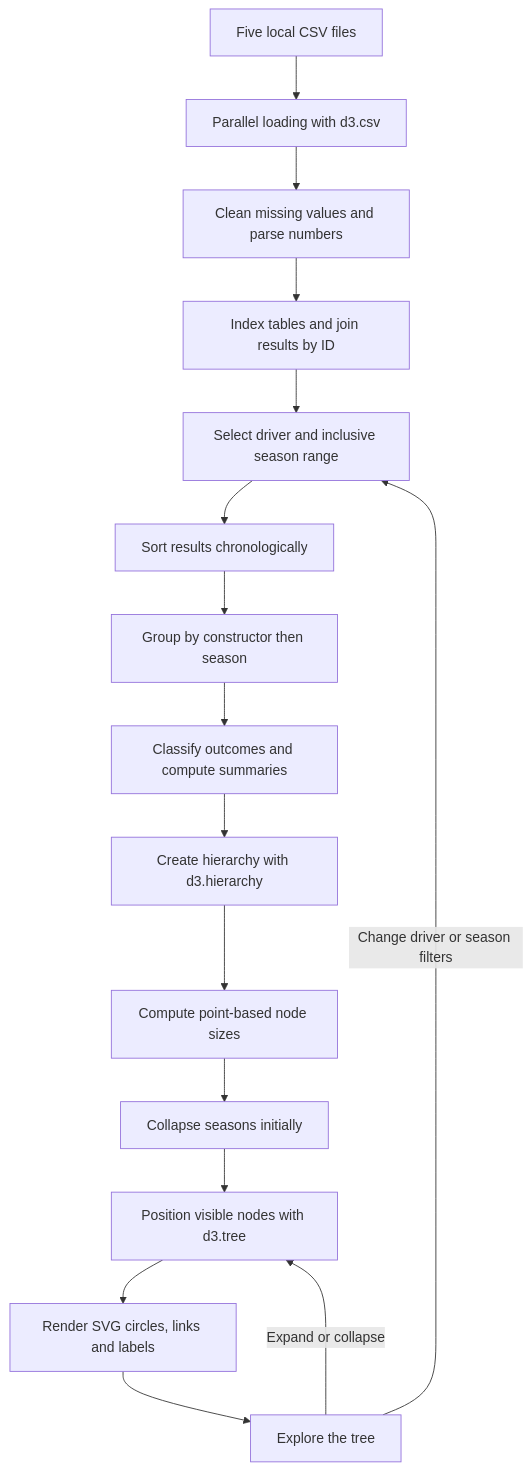
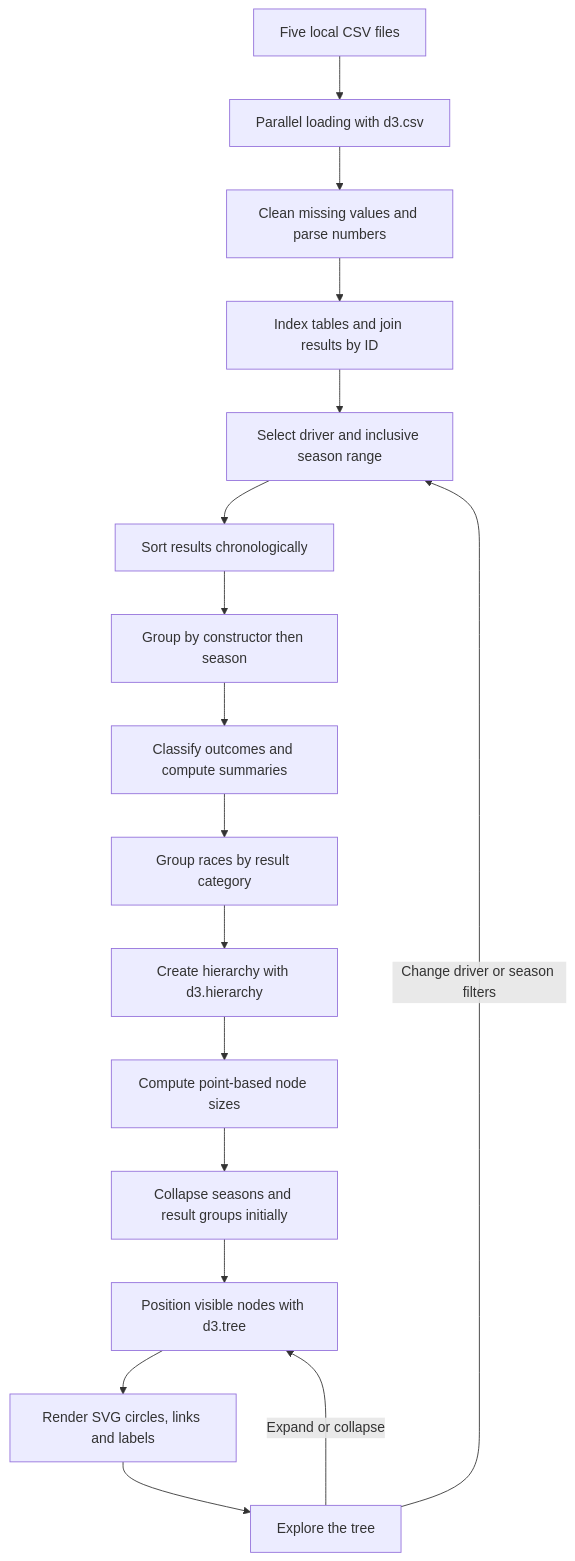
Before and after one commit to GracMatteo/DataVisualizationF1: the diagram in DriverViz.md, drawn with Mermaid. The commit also changed other lines of this file and 10 other files, not shown here.

````diff
--- a/DriverViz.md
+++ b/DriverViz.md
@@ -39,18 +43,19 @@
 ```mermaid
 flowchart TD
     A[Five local CSV files] --> B[Parallel loading with d3.csv]
     B --> C[Clean missing values and parse numbers]
     C --> D[Index tables and join results by ID]
     D --> E[Select driver and inclusive season range]
     E --> F[Sort results chronologically]
     F --> G[Group by constructor then season]
     G --> H[Classify outcomes and compute summaries]
-    H --> I[Create hierarchy with d3.hierarchy]
+    H --> O[Group races by result category]
+    O --> I[Create hierarchy with d3.hierarchy]
     I --> J[Compute point-based node sizes]
-    J --> K[Collapse seasons initially]
+    J --> K[Collapse seasons and result groups initially]
     K --> L[Position visible nodes with d3.tree]
     L --> M[Render SVG circles, links and labels]
     M --> N[Explore the tree]
     N -->|Expand or collapse| L
     N -->|Change driver or season filters| E
 ```
````
